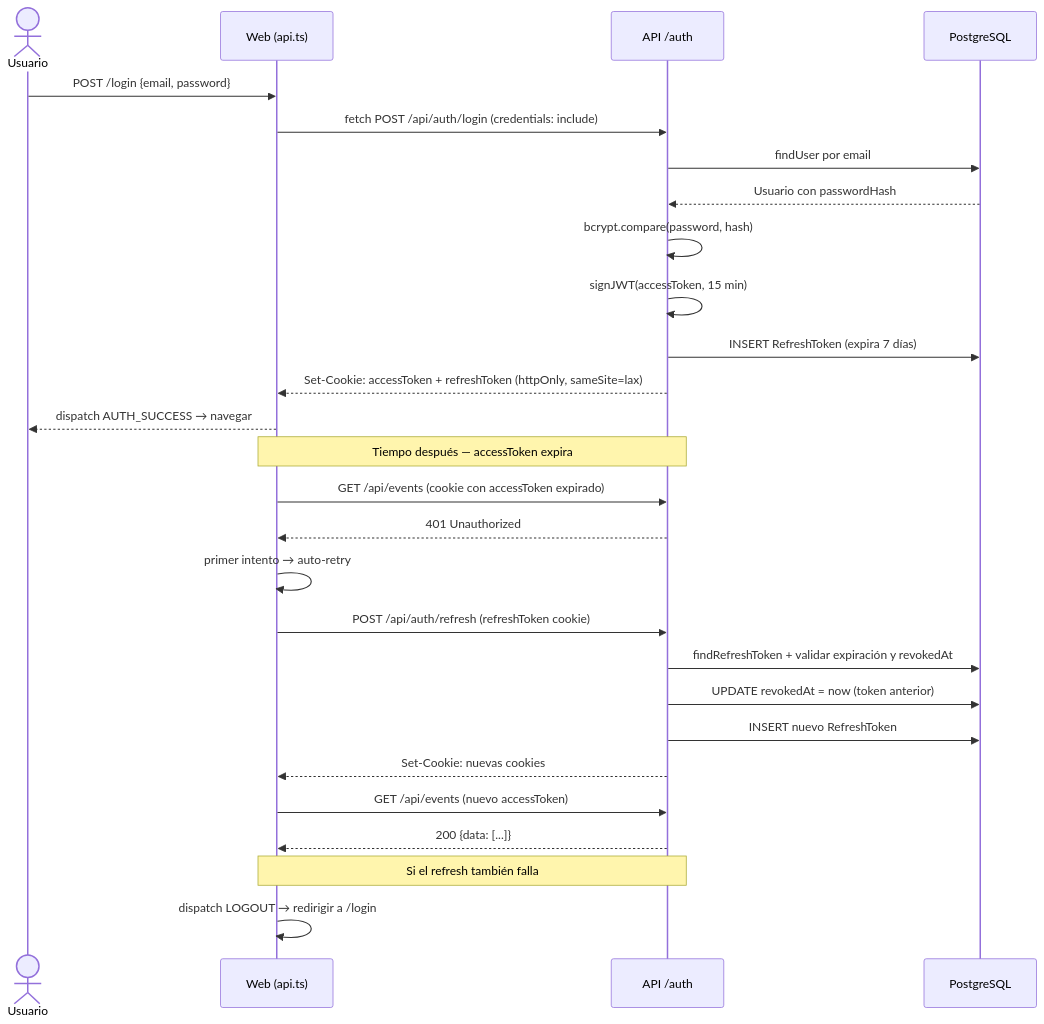
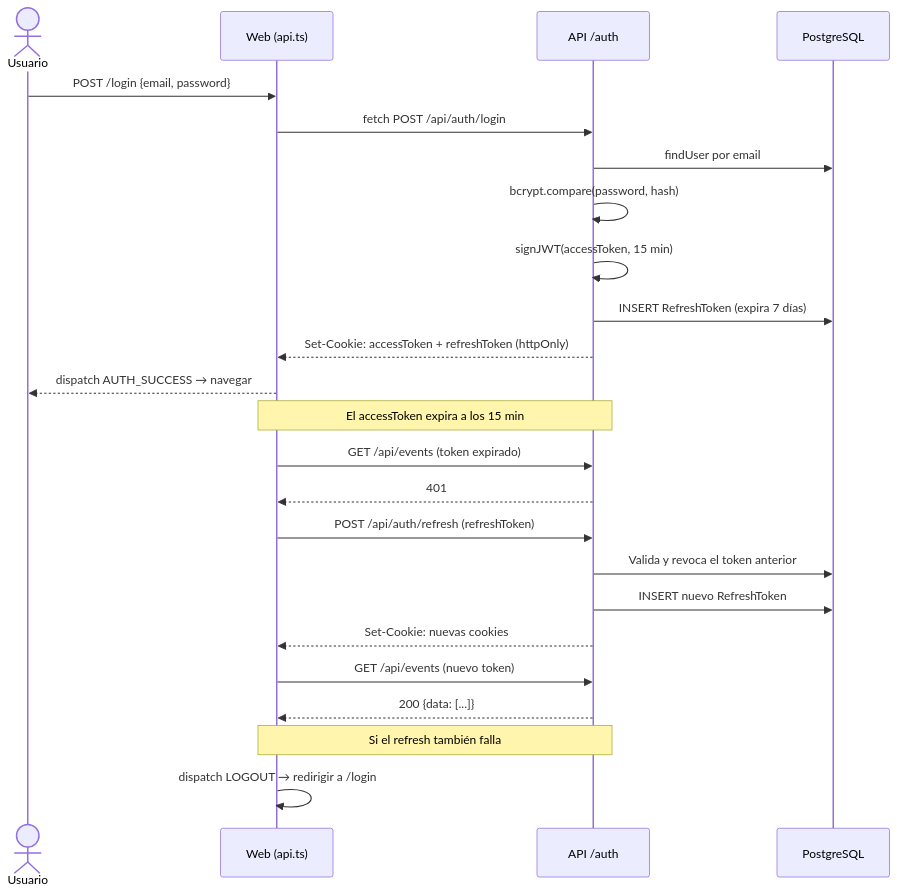
One commit to BorjaZG/Convoca changed the second of 3 diagrams in docs/architecture.md. Above: the diagram before and after it, drawn with Mermaid. The commit also changed other lines of this file and 27 other files, not shown here.

````diff
--- a/docs/architecture.md
+++ b/docs/architecture.md
@@ -99,34 +97,31 @@
 ```mermaid
 sequenceDiagram
     actor U as Usuario
     participant W as Web (api.ts)
     participant A as API /auth
     participant DB as PostgreSQL
 
     U->>W: POST /login {email, password}
-    W->>A: fetch POST /api/auth/login (credentials: include)
+    W->>A: fetch POST /api/auth/login
     A->>DB: findUser por email
-    DB-->>A: Usuario con passwordHash
     A->>A: bcrypt.compare(password, hash)
     A->>A: signJWT(accessToken, 15 min)
     A->>DB: INSERT RefreshToken (expira 7 días)
-    A-->>W: Set-Cookie: accessToken + refreshToken (httpOnly, sameSite=lax)
+    A-->>W: Set-Cookie: accessToken + refreshToken (httpOnly)
     W-->>U: dispatch AUTH_SUCCESS → navegar
 
-    Note over W,A: Tiempo después — accessToken expira
+    Note over W,A: El accessToken expira a los 15 min
 
-    W->>A: GET /api/events (cookie con accessToken expirado)
-    A-->>W: 401 Unauthorized
-    W->>W: primer intento → auto-retry
-    W->>A: POST /api/auth/refresh (refreshToken cookie)
-    A->>DB: findRefreshToken + validar expiración y revokedAt
-    A->>DB: UPDATE revokedAt = now (token anterior)
+    W->>A: GET /api/events (token expirado)
+    A-->>W: 401
+    W->>A: POST /api/auth/refresh (refreshToken)
+    A->>DB: Valida y revoca el token anterior
     A->>DB: INSERT nuevo RefreshToken
     A-->>W: Set-Cookie: nuevas cookies
-    W->>A: GET /api/events (nuevo accessToken)
+    W->>A: GET /api/events (nuevo token)
     A-->>W: 200 {data: [...]}
 
     Note over W,A: Si el refresh también falla
 
     W->>W: dispatch LOGOUT → redirigir a /login
 ```
````
